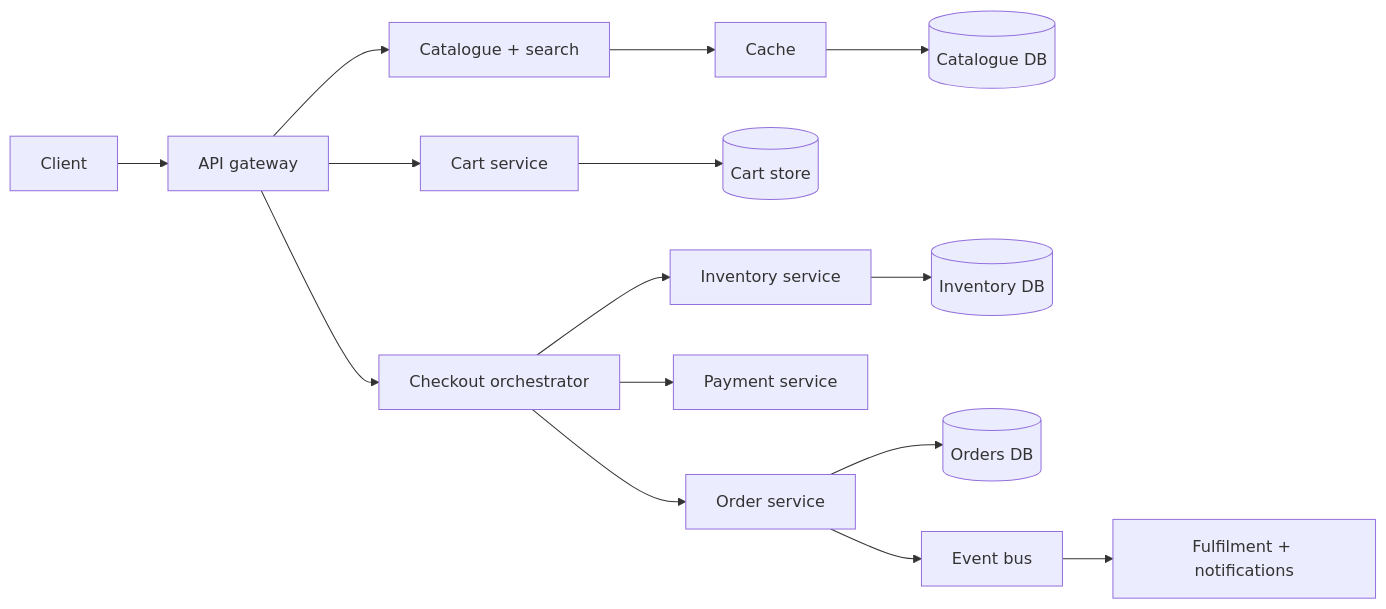
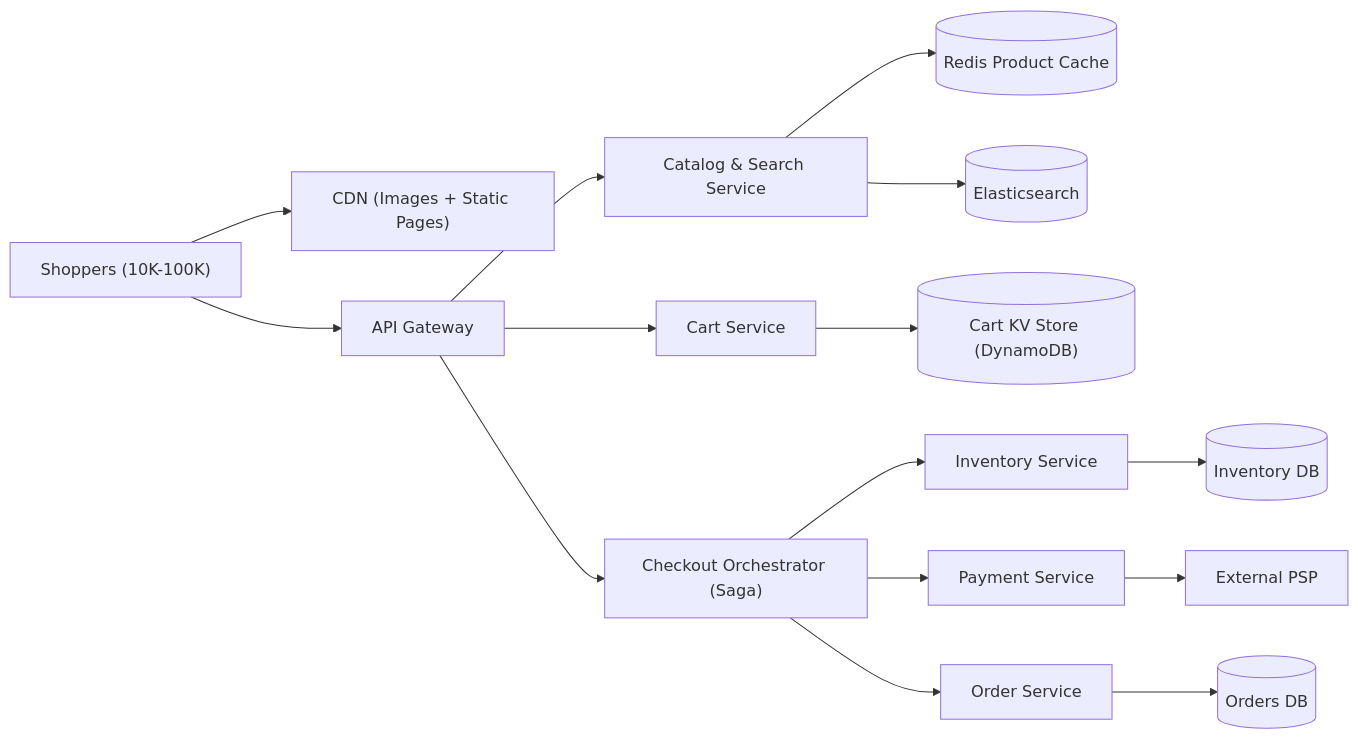
The second of 4 diagrams in content/system-design/22-interview-design-problems/15-e-commerce-platform/README.md (TapanKumarBarik/Backend-roadmap), drawn with Mermaid before and after one commit. The commit also changed other lines of this file and 37 other files, not shown here.

Commit message:
Upgrade Track 22 (37 interview design problems) with scale-by-scale architecture evolution

````diff
--- a/content/system-design/22-interview-design-problems/15-e-commerce-platform/README.md
+++ b/content/system-design/22-interview-design-problems/15-e-commerce-platform/README.md
@@ -108,11 +136,13 @@
 ```mermaid
 flowchart LR
-  C["Client"] --> GW["API gateway"]
-  GW --> CS["Catalogue + search"] --> CA["Cache"] --> CDB[("Catalogue DB")]
-  GW --> CT["Cart service"] --> CKV[("Cart store")]
-  GW --> CO["Checkout orchestrator"]
-  CO --> INV["Inventory service"] --> IDB[("Inventory DB")]
-  CO --> PAY["Payment service"]
-  CO --> ORD["Order service"] --> ODB[("Orders DB")]
-  ORD --> EB["Event bus"] --> F["Fulfilment + notifications"]
+  U["Shoppers (10K-100K)"] --> CDN["CDN (Images + Static Pages)"]
+  U --> GW["API Gateway"]
+  GW --> CAT["Catalog & Search Service"]
+  CAT --> RC[("Redis Product Cache")]
+  CAT --> ES[("Elasticsearch")]
+  GW --> CART["Cart Service"] --> KV[("Cart KV Store (DynamoDB)")]
+  GW --> CO["Checkout Orchestrator (Saga)"]
+  CO --> INV["Inventory Service"] --> IDB[("Inventory DB")]
+  CO --> PAY["Payment Service"] --> PSP["External PSP"]
+  CO --> ORD["Order Service"] --> ODB[("Orders DB")]
 ```
````
